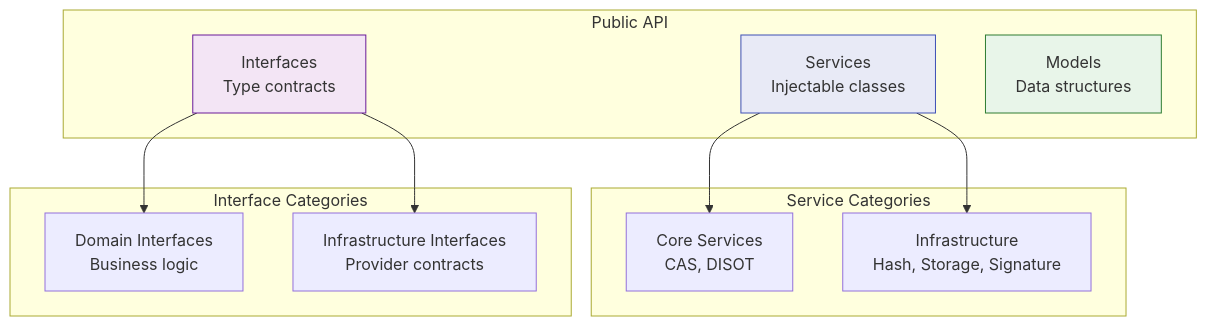
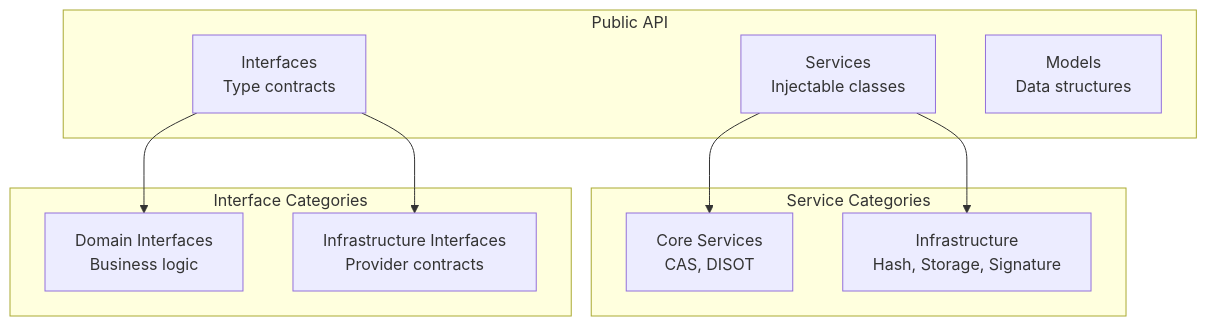
One commit to o2alexanderfedin/angular-cas-disot changed the first of 3 diagrams in docs/api/README.md. Above: the diagram before and after it, drawn with Mermaid. The commit also changed other lines of this file and 18 other files, not shown here.

````diff
--- a/docs/api/README.md
+++ b/docs/api/README.md
@@ -31,27 +31,27 @@
 ```mermaid
 graph TD
     subgraph "Public API"
         SERVICES[Services<br/>Injectable classes]
         INTERFACES[Interfaces<br/>Type contracts]
         MODELS[Models<br/>Data structures]
     end
     
     subgraph "Service Categories"
         CORE[Core Services<br/>CAS, DISOT]
         INFRA[Infrastructure<br/>Hash, Storage, Signature]
     end
     
     subgraph "Interface Categories"
         DOMAIN[Domain Interfaces<br/>Business logic]
         INFRA_INT[Infrastructure Interfaces<br/>Provider contracts]
     end
     
     SERVICES --> CORE
     SERVICES --> INFRA
     INTERFACES --> DOMAIN
     INTERFACES --> INFRA_INT
     
-    style SERVICES fill:#e8eaf6,stroke:#3f51b5
-    style INTERFACES fill:#f3e5f5,stroke:#6a1b9a
-    style MODELS fill:#e8f5e9,stroke:#2e7d32
+    
+    
+    
 ```
````
